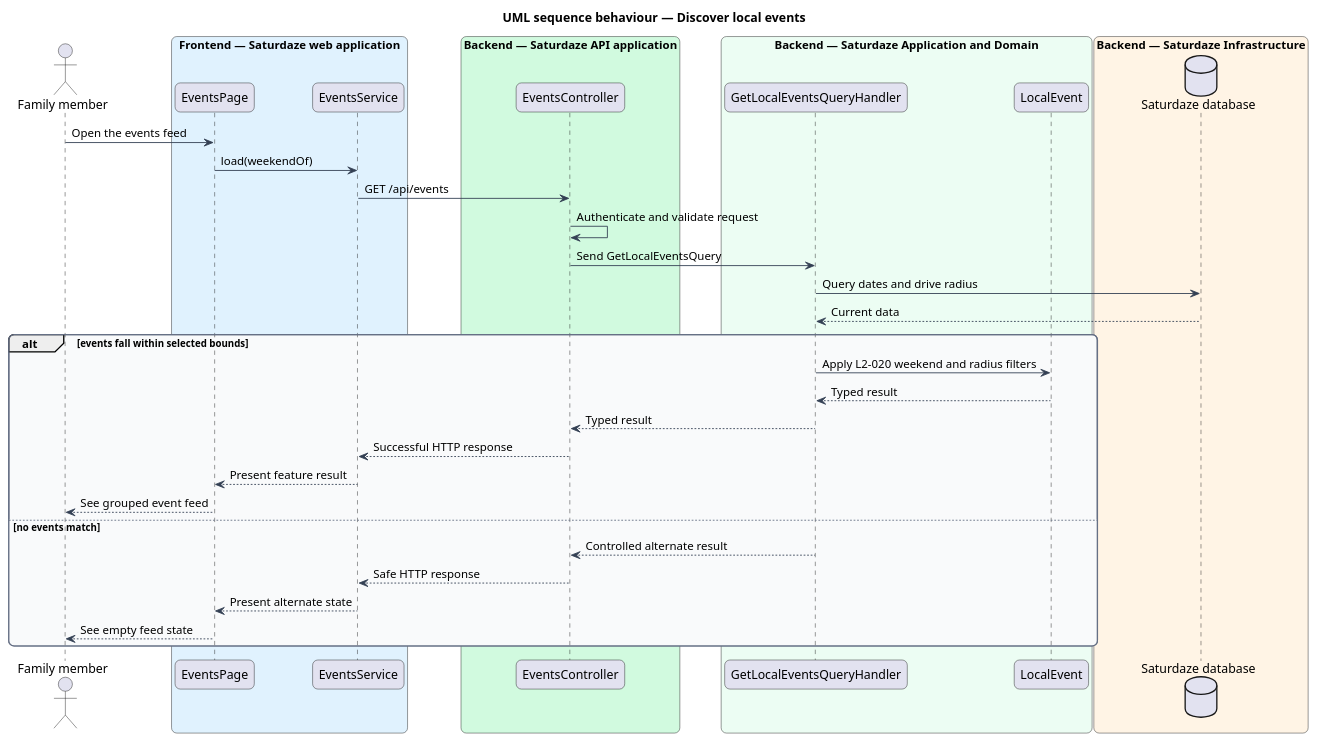
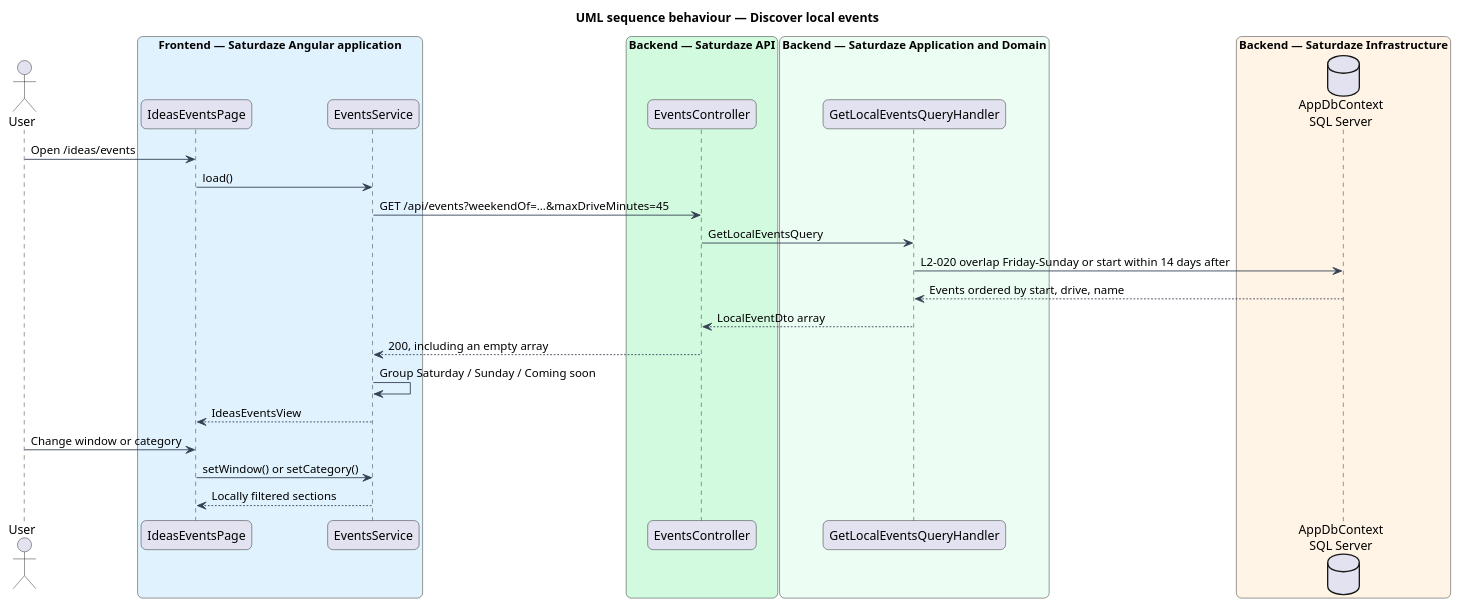
Before and after one commit to QuinntyneBrown/saturdaze: the diagram in docs/detailed-designs/discovery/discover-local-events/diagrams/sequence-discover-events.puml, drawn with PlantUML. The commit also changed 208 other files, not shown here.

```diff
--- a/docs/detailed-designs/discovery/discover-local-events/diagrams/sequence-discover-events.puml
+++ b/docs/detailed-designs/discovery/discover-local-events/diagrams/sequence-discover-events.puml
@@ -1,52 +1,35 @@
 @startuml
 title UML sequence behaviour — Discover local events
 skinparam backgroundColor #FFFFFF
 skinparam shadowing false
 skinparam roundcorner 12
 skinparam defaultFontName Arial
 skinparam ArrowColor #344054
-skinparam rectangle {
-  BorderColor #344054
-  FontColor #101828
-}
-skinparam package {
-  BorderColor #667085
-  FontColor #101828
-  BackgroundColor #F9FAFB
-}
-actor "Family member" as actor
-box "Frontend — Saturdaze web application" #E0F2FE
-  participant "EventsPage" as page
-  participant "EventsService" as client
+actor "User" as actor
+box "Frontend — Saturdaze Angular application" #E0F2FE
+ participant "IdeasEventsPage" as page
+ participant "EventsService" as client
 end box
-box "Backend — Saturdaze API application" #D1FADF
-  participant "EventsController" as controller
+box "Backend — Saturdaze API" #D1FADF
+ participant "EventsController" as controller
 end box
 box "Backend — Saturdaze Application and Domain" #ECFDF3
-  participant "GetLocalEventsQueryHandler" as handler
-  participant "LocalEvent" as entity
+ participant "GetLocalEventsQueryHandler" as handler
 end box
 box "Backend — Saturdaze Infrastructure" #FFF4E5
-  database "Saturdaze database" as infra
-  end box
-actor -> page : Open the events feed
-page -> client : load(weekendOf)
-client -> controller : GET /api/events
-controller -> controller : Authenticate and validate request
-controller -> handler : Send GetLocalEventsQuery
-handler -> infra : Query dates and drive radius
-infra --> handler : Current data
-alt events fall within selected bounds
-  handler -> entity : Apply L2-020 weekend and radius filters
-  entity --> handler : Typed result
-  handler --> controller : Typed result
-  controller --> client : Successful HTTP response
-  client --> page : Present feature result
-  page --> actor : See grouped event feed
-else no events match
-  handler --> controller : Controlled alternate result
-  controller --> client : Safe HTTP response
-  client --> page : Present alternate state
-  page --> actor : See empty feed state
-end
+ database "AppDbContext\nSQL Server" as db
+end box
+actor -> page : Open /ideas/events
+page -> client : load()
+client -> controller : GET /api/events?weekendOf=...&maxDriveMinutes=45
+controller -> handler : GetLocalEventsQuery
+handler -> db : L2-020 overlap Friday-Sunday or start within 14 days after
+db --> handler : Events ordered by start, drive, name
+handler --> controller : LocalEventDto array
+controller --> client : 200, including an empty array
+client -> client : Group Saturday / Sunday / Coming soon
+client --> page : IdeasEventsView
+actor -> page : Change window or category
+page -> client : setWindow() or setCategory()
+client --> page : Locally filtered sections
 @enduml
```
